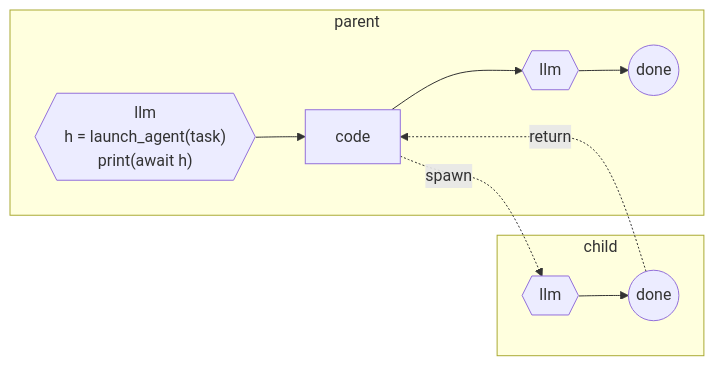
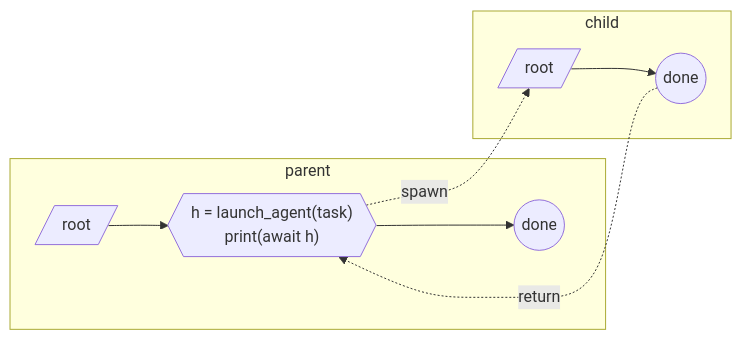
The second of 5 diagrams in README.md (shyamsn97/rlmflow), drawn with Mermaid before and after one commit. The commit also changed other lines of this file and 89 other files, not shown here.

````diff
--- a/README.md
+++ b/README.md
@@ -292,11 +293,11 @@
 ```mermaid
 flowchart LR
   subgraph parent
-    p1{{"llm<br/>h = launch_agent(task)<br/>print(await h)"}} --> p2["code"] --> p3{{llm}} --> p4((done))
+    p0[/root/] --> p1{{"h = launch_agent(task)<br/>print(await h)"}} --> p2((done))
   end
   subgraph child
-    c1{{llm}} --> c2((done))
+    c0[/root/] --> c1((done))
   end
-  p2 -. spawn .-> c1
-  c2 -. return .-> p2
+  p1 -. spawn .-> c0
+  c1 -. return .-> p1
 ```
````
